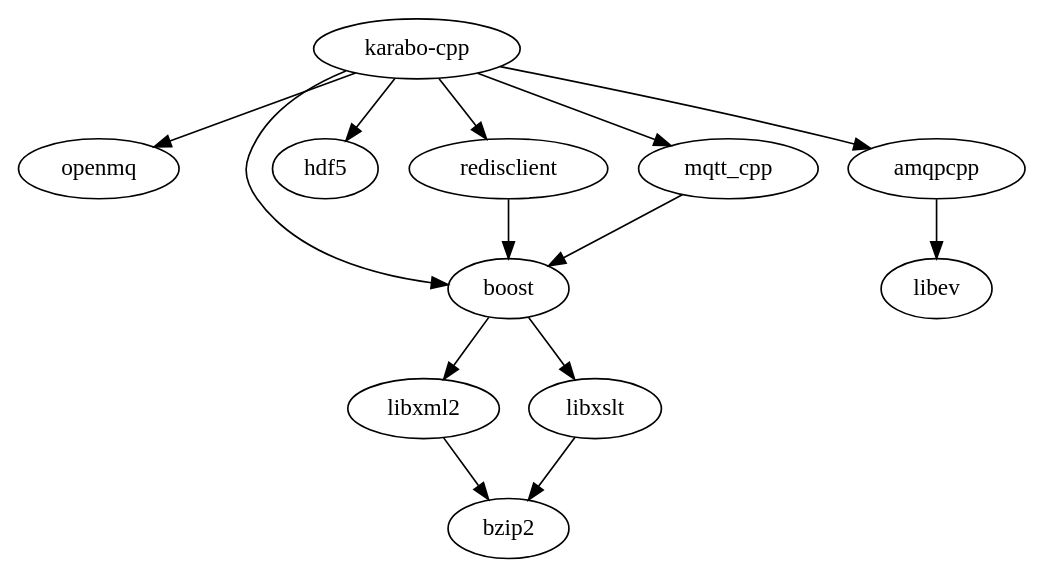
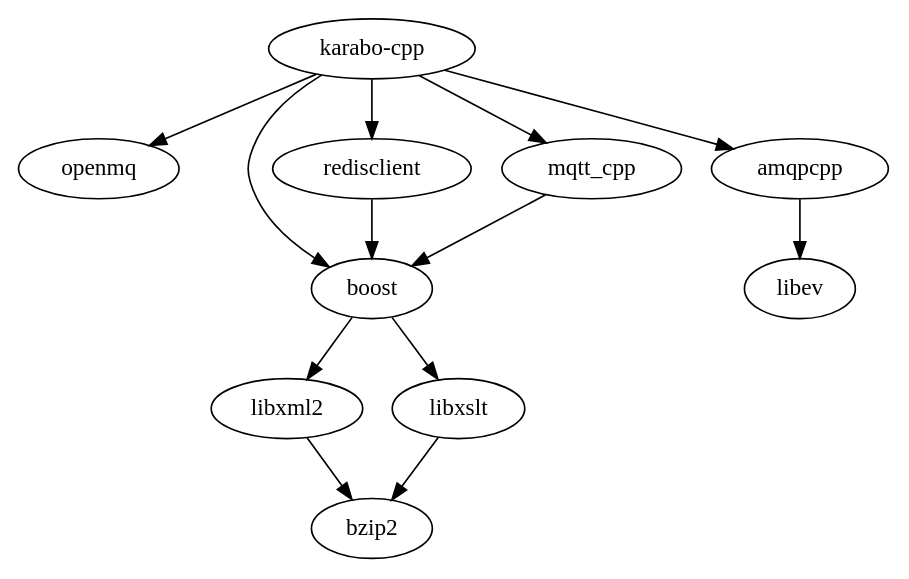
One commit to European-XFEL/Karabo changed the second of 8 diagrams in doc/installation/dependency_management.rst. Above: the diagram before and after it, drawn with Graphviz. The commit also changed other lines of this file and 14 other files, not shown here.

```diff
--- a/doc/installation/dependency_management.rst
+++ b/doc/installation/dependency_management.rst
@@ -302,15 +301,14 @@
 .. digraph:: karabocpp_dependencies
 
     "karabo-cpp" -> "openmq"
     "karabo-cpp" -> "boost"
-    "karabo-cpp" -> "hdf5"
     "karabo-cpp" -> "redisclient"
     "karabo-cpp" -> "amqpcpp"
     "karabo-cpp" -> "mqtt_cpp"
     "mqtt_cpp" -> "boost"
     "redisclient" -> "boost"
     "boost" -> "libxml2"
     "boost" -> "libxslt"
     "libxml2" -> "bzip2"
     "libxslt" -> "bzip2"
     "amqpcpp" -> "libev"
```
